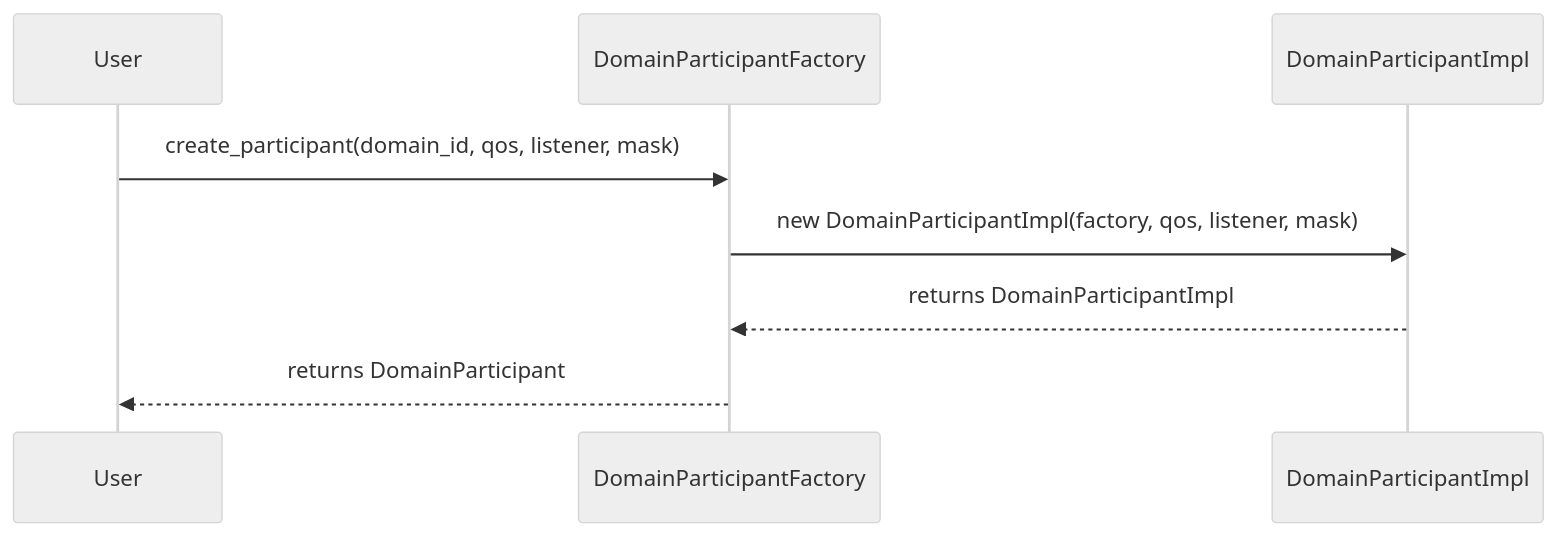
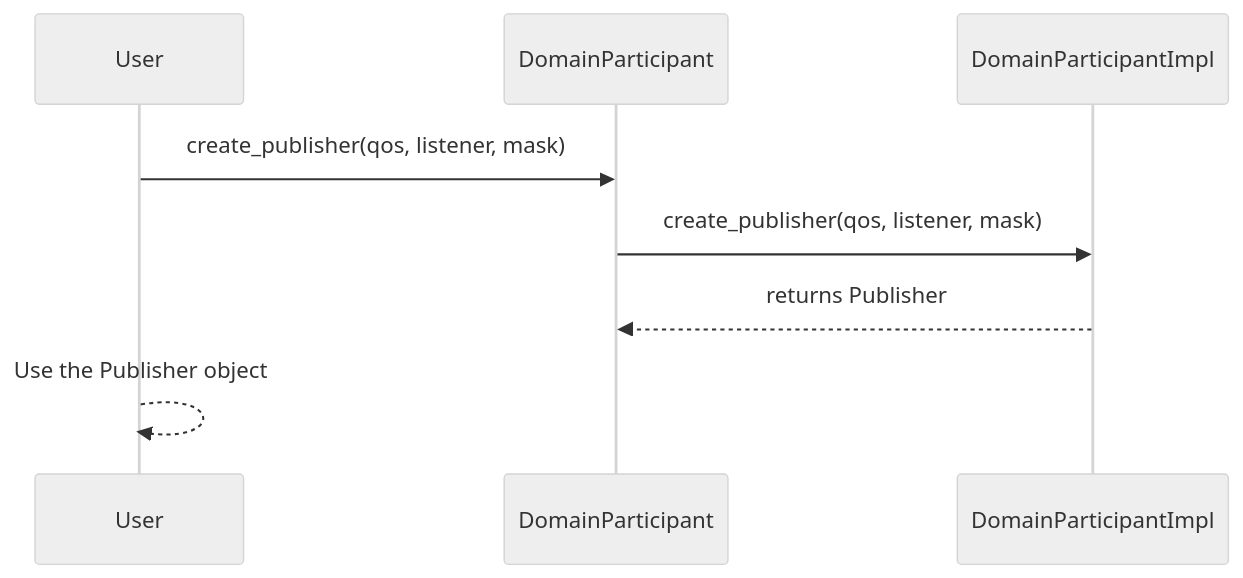
One commit to daniel1170594722/Code-Analysis changed the second of 3 diagrams in code_reading_workflow.md. Above: the diagram before and after it, drawn with Mermaid (neutral theme). The commit also changed other lines of this file, not shown here.

````diff
--- a/code_reading_workflow.md
+++ b/code_reading_workflow.md
@@ -139,10 +155,10 @@
          ```mermaid
          sequenceDiagram
            participant User
-           participant DomainParticipantFactory
+           participant DomainParticipant
            participant DomainParticipantImpl
-           User->>DomainParticipantFactory: create_participant(domain_id, qos, listener, mask)
-           DomainParticipantFactory->>DomainParticipantImpl: new DomainParticipantImpl(factory, qos, listener, mask)
-           DomainParticipantImpl-->>DomainParticipantFactory: returns DomainParticipantImpl
-           DomainParticipantFactory-->>User: returns DomainParticipant
+           User->>DomainParticipant: create_publisher(qos, listener, mask)
+           DomainParticipant->>DomainParticipantImpl: create_publisher(qos, listener, mask)
+           DomainParticipantImpl-->>DomainParticipant: returns Publisher
+           User-->>User: Use the Publisher object
          ```
````
